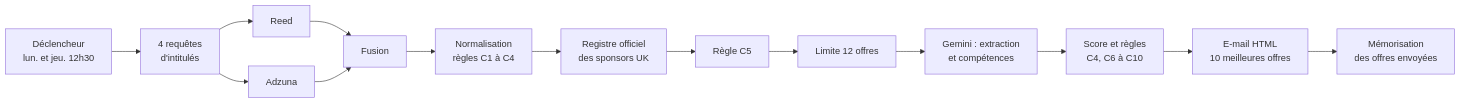
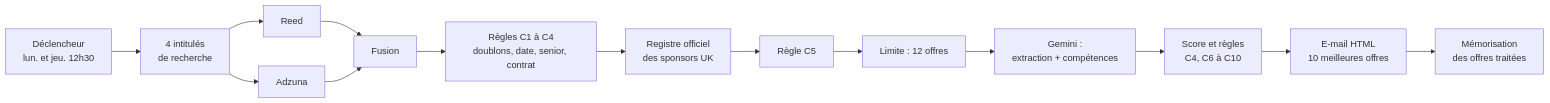
The diagram in README.md (nataliamedranosow/Natalia_n8n_Rendu), drawn with Mermaid before and after one commit. The commit also changed other lines of this file and 16 other files, not shown here.

````diff
--- a/README.md
+++ b/README.md
@@ -13,16 +42,16 @@
 ```mermaid
 flowchart LR
-  A[Déclencheur<br/>lun. et jeu. 12h30] --> B[4 requêtes<br/>d'intitulés]
+  A[Déclencheur<br/>lun. et jeu. 12h30] --> B[4 intitulés<br/>de recherche]
   B --> C[Reed]
   B --> D[Adzuna]
   C --> E[Fusion]
   D --> E
-  E --> F[Normalisation<br/>règles C1 à C4]
+  E --> F[Règles C1 à C4<br/>doublons, date, senior, contrat]
   F --> G[Registre officiel<br/>des sponsors UK]
   G --> H[Règle C5]
-  H --> I[Limite 12 offres]
-  I --> J[Gemini : extraction<br/>et compétences]
+  H --> I[Limite : 12 offres]
+  I --> J[Gemini :<br/>extraction + compétences]
   J --> K[Score et règles<br/>C4, C6 à C10]
   K --> L[E-mail HTML<br/>10 meilleures offres]
-  L --> M[Mémorisation<br/>des offres envoyées]
+  L --> M[Mémorisation<br/>des offres traitées]
 ```
````
